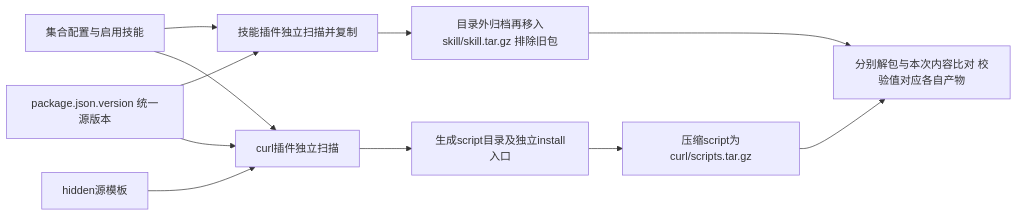
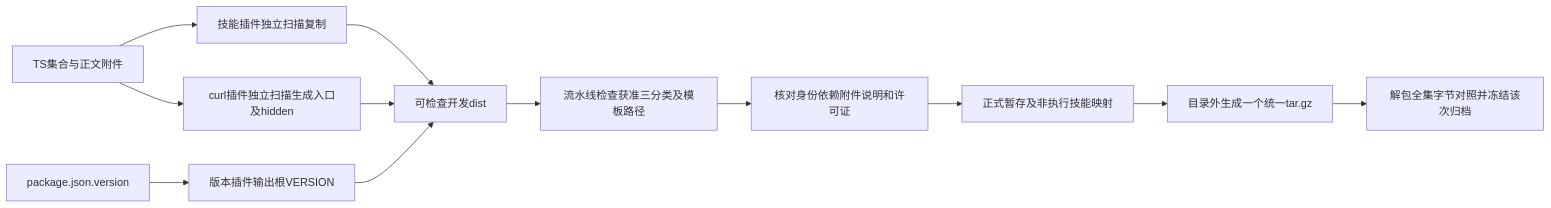
Before and after one commit to Ena-Heleneto/agent-foundry: the third of 15 diagrams in specs/skills/001-skills-distribution/diagrams.md, drawn with Mermaid. The commit also changed other lines of this file and 52 other files, not shown here.

````diff
--- a/specs/skills/001-skills-distribution/diagrams.md
+++ b/specs/skills/001-skills-distribution/diagrams.md
@@ -40,13 +44,14 @@
 ```mermaid
 flowchart LR
-    A[集合配置与启用技能] --> B[技能插件独立扫描并复制]
-    A --> C[curl插件独立扫描]
-    D[hidden源模板] --> C
-    V[package.json.version 统一源版本] --> B
-    V --> C
-    B --> E[目录外归档再移入skill/skill.tar.gz 排除旧包]
-    C --> F[生成script目录及独立install入口]
-    F --> G[压缩script为curl/scripts.tar.gz]
-    E --> H[分别解包与本次内容比对 校验值对应各自产物]
-    G --> H
+    A[TS集合与正文附件] --> B[技能插件独立扫描复制]
+    A --> C[curl插件独立扫描生成入口及hidden]
+    V[package.json.version] --> D[版本插件输出根VERSION]
+    B --> E[可检查开发dist]
+    C --> E
+    D --> E
+    E --> F[流水线检查获准三分类及模板路径]
+    F --> G[核对身份依赖附件说明和许可证]
+    G --> H[正式暂存及非执行技能映射]
+    H --> I[目录外生成一个统一tar.gz]
+    I --> J[解包全集字节对照并冻结该次归档]
 ```
````
